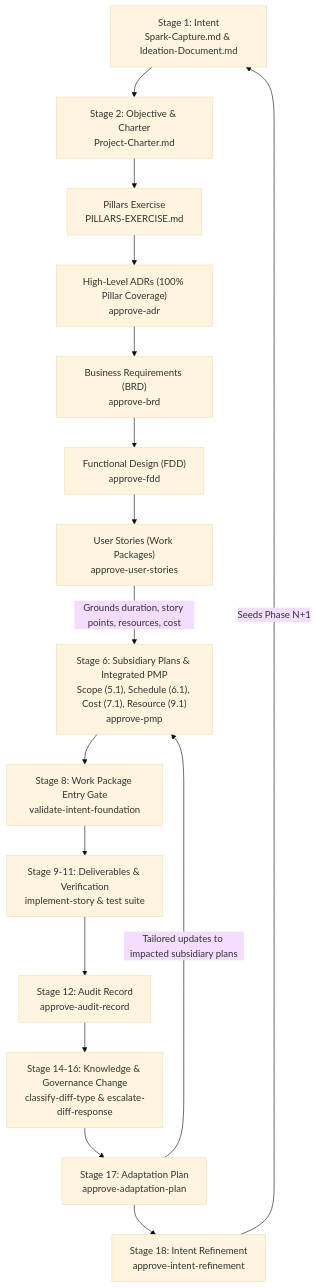
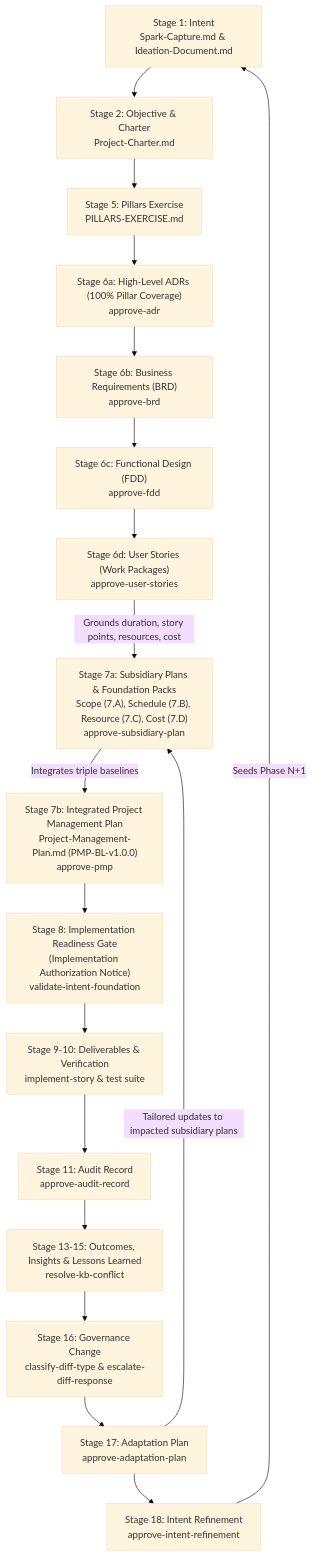
The diagram in docs/chain-coverage.md (mdresch/sidpa-template), drawn with Mermaid (base theme) before and after one commit. The commit also changed other lines of this file and 31 other files, not shown here.

Commit message:
docs(lifecycle): rectify Stage 6 Requirements, Stage 7 PMP, and Stage 8 Implementation Readiness Gate

````diff
--- a/docs/chain-coverage.md
+++ b/docs/chain-coverage.md
@@ -82,18 +90,20 @@
 ```mermaid
 flowchart TD
     SPARK["Stage 1: Intent<br/>Spark-Capture.md & Ideation-Document.md"] --> CHARTER["Stage 2: Objective & Charter<br/>Project-Charter.md"]
-    CHARTER --> PIL["Pillars Exercise<br/>PILLARS-EXERCISE.md"]
-    PIL --> ADR["High-Level ADRs (100% Pillar Coverage)<br/>approve-adr"]
-    ADR --> BRD["Business Requirements (BRD)<br/>approve-brd"]
-    BRD --> FDD["Functional Design (FDD)<br/>approve-fdd"]
-    FDD --> US["User Stories (Work Packages)<br/>approve-user-stories"]
-    US -->|"Grounds duration, story points, resources, cost"| PMP["Stage 6: Subsidiary Plans & Integrated PMP<br/>Scope (5.1), Schedule (6.1), Cost (7.1), Resource (9.1)<br/>approve-pmp"]
-    PMP --> WP["Stage 8: Work Package Entry Gate<br/>validate-intent-foundation"]
-    WP --> DEL["Stage 9-11: Deliverables & Verification<br/>implement-story & test suite"]
-    DEL --> AUD["Stage 12: Audit Record<br/>approve-audit-record"]
-    AUD --> KB["Stage 14-16: Knowledge & Governance Change<br/>classify-diff-type & escalate-diff-response"]
-    KB --> ADAPT["Stage 17: Adaptation Plan<br/>approve-adaptation-plan"]
-    ADAPT -->|"Tailored updates to impacted subsidiary plans"| PMP
+    CHARTER --> PIL["Stage 5: Pillars Exercise<br/>PILLARS-EXERCISE.md"]
+    PIL --> ADR["Stage 6a: High-Level ADRs (100% Pillar Coverage)<br/>approve-adr"]
+    ADR --> BRD["Stage 6b: Business Requirements (BRD)<br/>approve-brd"]
+    BRD --> FDD["Stage 6c: Functional Design (FDD)<br/>approve-fdd"]
+    FDD --> US["Stage 6d: User Stories (Work Packages)<br/>approve-user-stories"]
+    US -->|"Grounds duration, story points, resources, cost"| SUB["Stage 7a: Subsidiary Plans & Foundation Packs<br/>Scope (7.A), Schedule (7.B), Resource (7.C), Cost (7.D)<br/>approve-subsidiary-plan"]
+    SUB -->|"Integrates triple baselines"| PMP["Stage 7b: Integrated Project Management Plan<br/>Project-Management-Plan.md (PMP-BL-v1.0.0)<br/>approve-pmp"]
+    PMP --> WP["Stage 8: Implementation Readiness Gate<br/>(Implementation Authorization Notice)<br/>validate-intent-foundation"]
+    WP --> DEL["Stage 9-10: Deliverables & Verification<br/>implement-story & test suite"]
+    DEL --> AUD["Stage 11: Audit Record<br/>approve-audit-record"]
+    AUD --> KB["Stage 13-15: Outcomes, Insights & Lessons Learned<br/>resolve-kb-conflict"]
+    KB --> GOV["Stage 16: Governance Change<br/>classify-diff-type & escalate-diff-response"]
+    GOV --> ADAPT["Stage 17: Adaptation Plan<br/>approve-adaptation-plan"]
+    ADAPT -->|"Tailored updates to impacted subsidiary plans"| SUB
     ADAPT --> REFINE["Stage 18: Intent Refinement<br/>approve-intent-refinement"]
     REFINE -->|"Seeds Phase N+1"| SPARK
 ```
````
